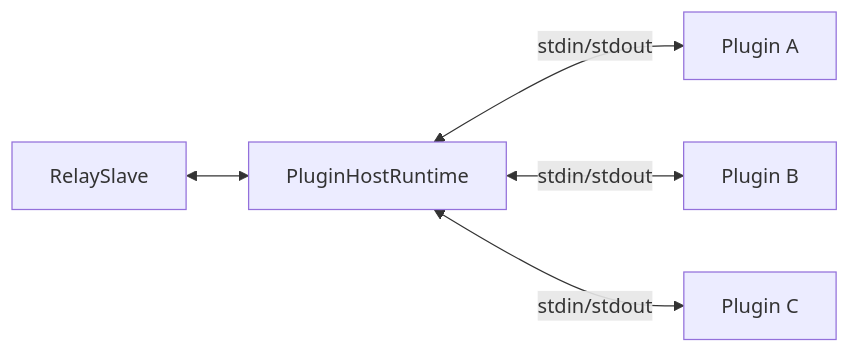
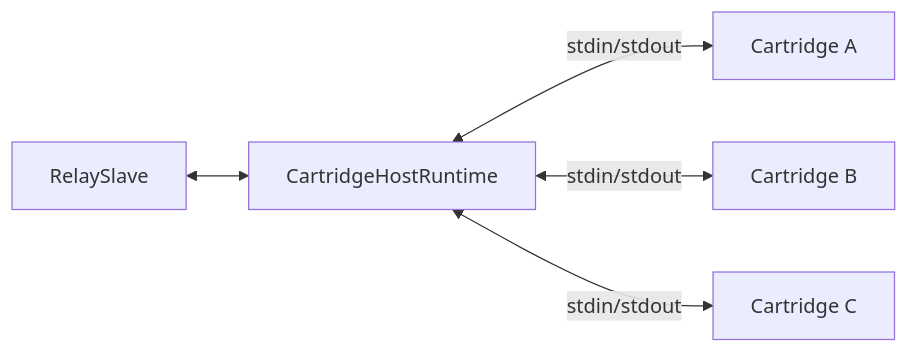
One commit to machinefabric/capns changed the first of 3 diagrams in docs/14.1-HOST-RUNTIME.md. Above: the diagram before and after it, drawn with Mermaid. The commit also changed other lines of this file and 53 other files, not shown here.

````diff
--- a/docs/14.1-HOST-RUNTIME.md
+++ b/docs/14.1-HOST-RUNTIME.md
@@ -9,7 +9,7 @@
 ```mermaid
 graph LR
-    RS["RelaySlave"] <--> PH["PluginHostRuntime"]
-    PH <-->|stdin/stdout| PA["Plugin A"]
-    PH <-->|stdin/stdout| PB["Plugin B"]
-    PH <-->|stdin/stdout| PC["Plugin C"]
+    RS["RelaySlave"] <--> PH["CartridgeHostRuntime"]
+    PH <-->|stdin/stdout| PA["Cartridge A"]
+    PH <-->|stdin/stdout| PB["Cartridge B"]
+    PH <-->|stdin/stdout| PC["Cartridge C"]
 ```
````
